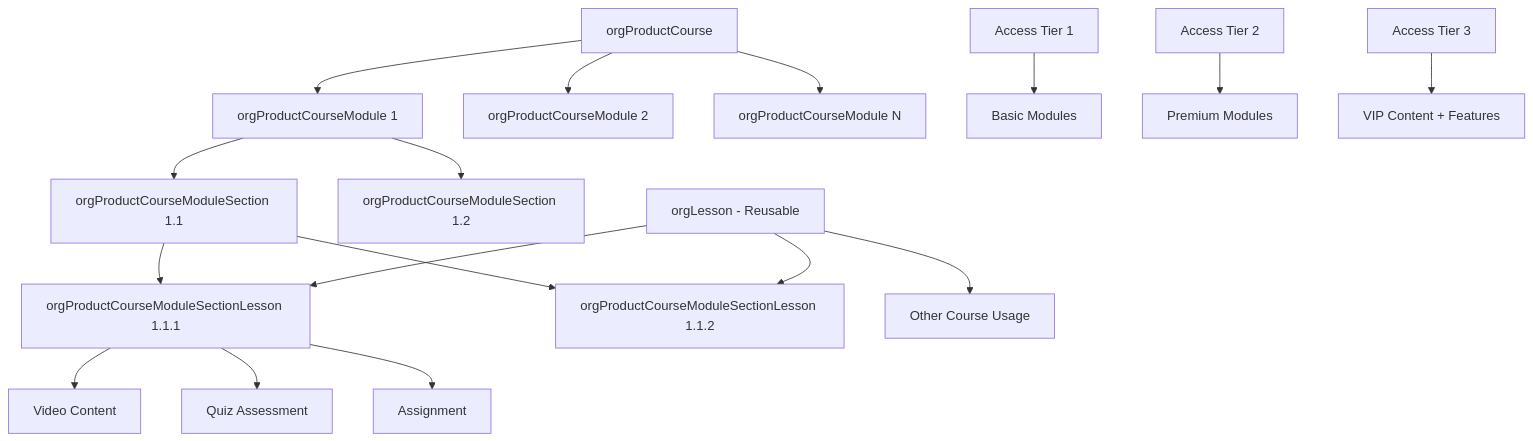
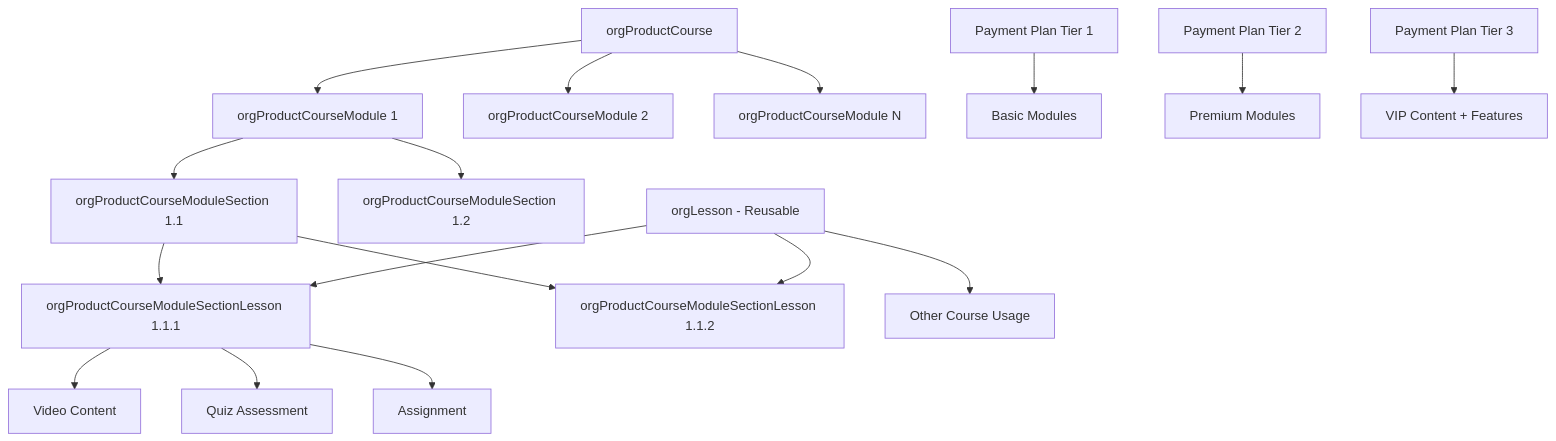
The first of 6 diagrams in apps/volmify/src/server/libs/db/schema/README.md (DreamEcho100/maze), drawn with Mermaid before and after one commit. The commit also changed other lines of this file and 3 other files, not shown here.

First line of the commit message:
Refactor order relations and schema definitions

````diff
--- a/apps/volmify/src/server/libs/db/schema/README.md
+++ b/apps/volmify/src/server/libs/db/schema/README.md
@@ -175,24 +192,24 @@
 ```mermaid
 graph TD
     A[orgProductCourse] --> B[orgProductCourseModule 1]
     A --> C[orgProductCourseModule 2]
     A --> D[orgProductCourseModule N]
     
     B --> E[orgProductCourseModuleSection 1.1]
     B --> F[orgProductCourseModuleSection 1.2]
     
     E --> G[orgProductCourseModuleSectionLesson 1.1.1]
     E --> H[orgProductCourseModuleSectionLesson 1.1.2]
     
     I[orgLesson - Reusable] --> G
     I --> H
     I --> J[Other Course Usage]
     
     G --> K[Video Content]
     G --> L[Quiz Assessment]
     G --> M[Assignment]
     
-    N[Access Tier 1] --> O[Basic Modules]
-    P[Access Tier 2] --> Q[Premium Modules]
-    R[Access Tier 3] --> S[VIP Content + Features]
+    N[Payment Plan Tier 1] --> O[Basic Modules]
+    P[Payment Plan Tier 2] --> Q[Premium Modules]
+    R[Payment Plan Tier 3] --> S[VIP Content + Features]
 ```
````
